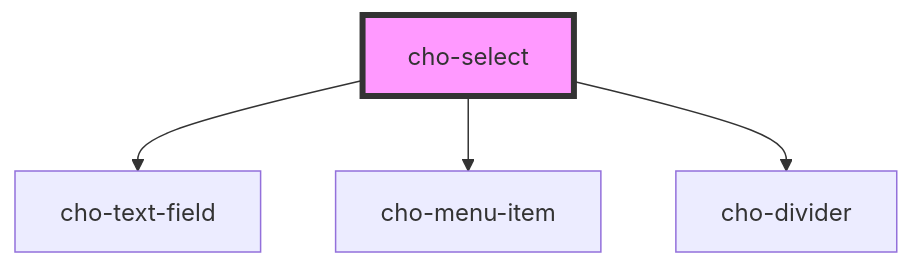
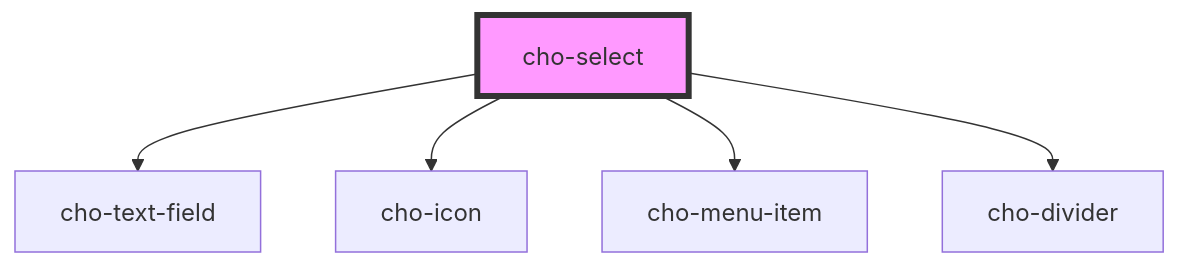
Before and after one commit to razvangeangu/cho-design-system: the diagram in packages/cho-components/src/components/inputs/select/readme.md, drawn with Mermaid. The commit also changed other lines of this file and 22 other files, not shown here.

````diff
--- a/packages/cho-components/src/components/inputs/select/readme.md
+++ b/packages/cho-components/src/components/inputs/select/readme.md
@@ -54,7 +55,8 @@
 ```mermaid
 graph TD;
   cho-select --> cho-text-field
+  cho-select --> cho-icon
   cho-select --> cho-menu-item
   cho-select --> cho-divider
   style cho-select fill:#f9f,stroke:#333,stroke-width:4px
 ```
````
